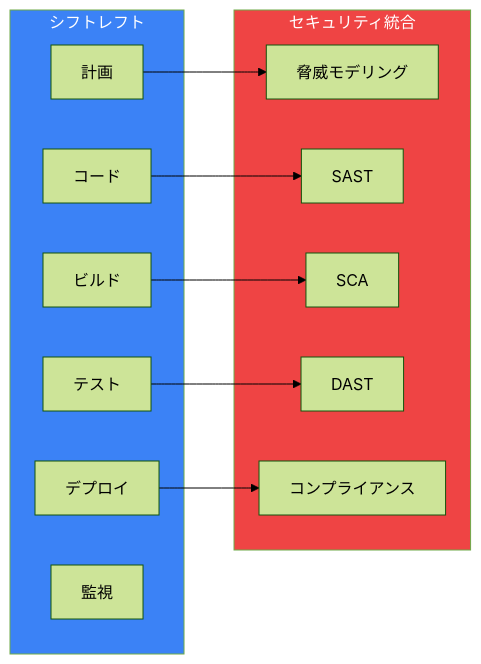
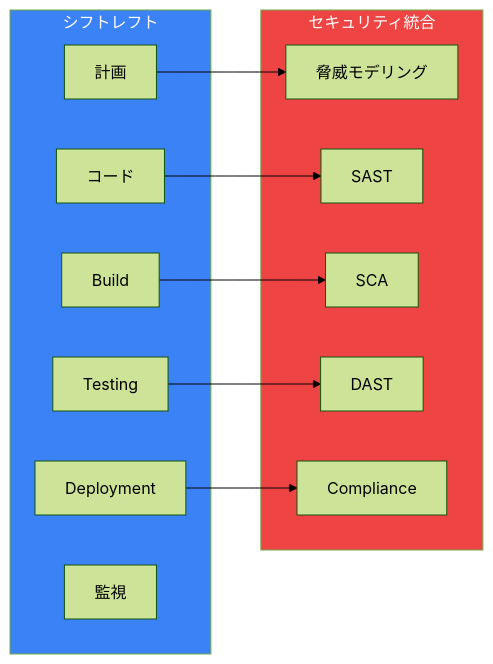
One commit to shunkus/shunku.net changed the first of 3 diagrams in content/blog/ja/aws-devsecops.md. Above: the diagram before and after it, drawn with Mermaid (forest theme). The commit also changed other lines of this file and 56 other files, not shown here.

````diff
--- a/content/blog/ja/aws-devsecops.md
+++ b/content/blog/ja/aws-devsecops.md
@@ -13,28 +13,28 @@
 ```mermaid
 flowchart LR
     subgraph ShiftLeft["シフトレフト"]
         Plan["計画"]
         Code["コード"]
-        Build["ビルド"]
-        Test["テスト"]
-        Deploy["デプロイ"]
+        Build["Build"]
+        Test["Testing"]
+        Deploy["Deployment"]
         Monitor["監視"]
     end
 
     subgraph Security["セキュリティ統合"]
         ThreatModel["脅威モデリング"]
         SAST["SAST"]
         SCA["SCA"]
         DAST["DAST"]
-        Compliance["コンプライアンス"]
+        Compliance["Compliance"]
     end
 
     Plan --> ThreatModel
     Code --> SAST
     Build --> SCA
     Test --> DAST
     Deploy --> Compliance
 
     style ShiftLeft fill:#3b82f6,color:#fff
     style Security fill:#ef4444,color:#fff
 ```
````
